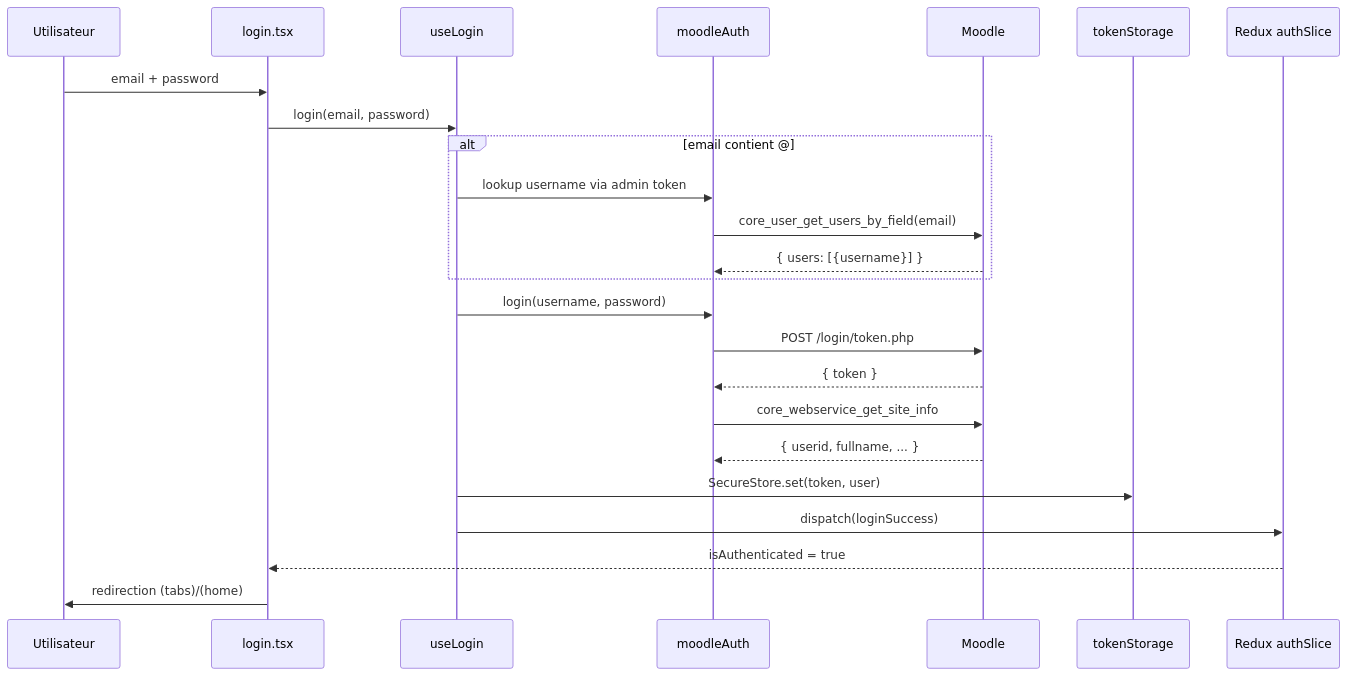
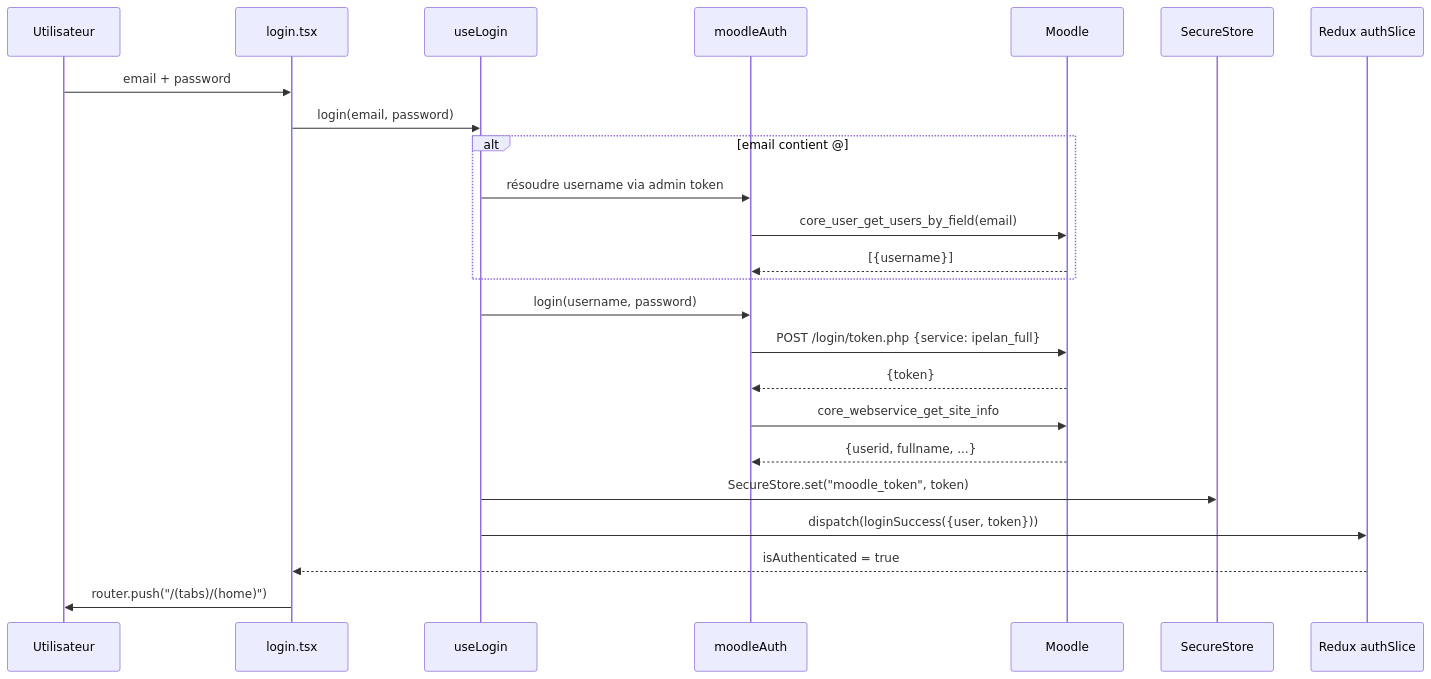
Before and after one commit to aichaRichatt/ipelan: the second of 4 diagrams in docs/ARCHITECTURE.md, drawn with Mermaid. The commit also changed other lines of this file and 85 other files, not shown here.

````diff
--- a/docs/ARCHITECTURE.md
+++ b/docs/ARCHITECTURE.md
@@ -79,27 +73,27 @@
 ```mermaid
 sequenceDiagram
     participant U as Utilisateur
     participant L as login.tsx
     participant H as useLogin
     participant A as moodleAuth
     participant M as Moodle
-    participant S as tokenStorage
+    participant S as SecureStore
     participant R as Redux authSlice
 
     U->>L: email + password
     L->>H: login(email, password)
     alt email contient @
-        H->>A: lookup username via admin token
+        H->>A: résoudre username via admin token
         A->>M: core_user_get_users_by_field(email)
-        M-->>A: { users: [{username}] }
+        M-->>A: [{username}]
     end
     H->>A: login(username, password)
-    A->>M: POST /login/token.php
-    M-->>A: { token }
+    A->>M: POST /login/token.php {service: ipelan_full}
+    M-->>A: {token}
     A->>M: core_webservice_get_site_info
-    M-->>A: { userid, fullname, ... }
-    H->>S: SecureStore.set(token, user)
-    H->>R: dispatch(loginSuccess)
+    M-->>A: {userid, fullname, ...}
+    H->>S: SecureStore.set("moodle_token", token)
+    H->>R: dispatch(loginSuccess({user, token}))
     R-->>L: isAuthenticated = true
-    L->>U: redirection (tabs)/(home)
+    L->>U: router.push("/(tabs)/(home)")
 ```
````
